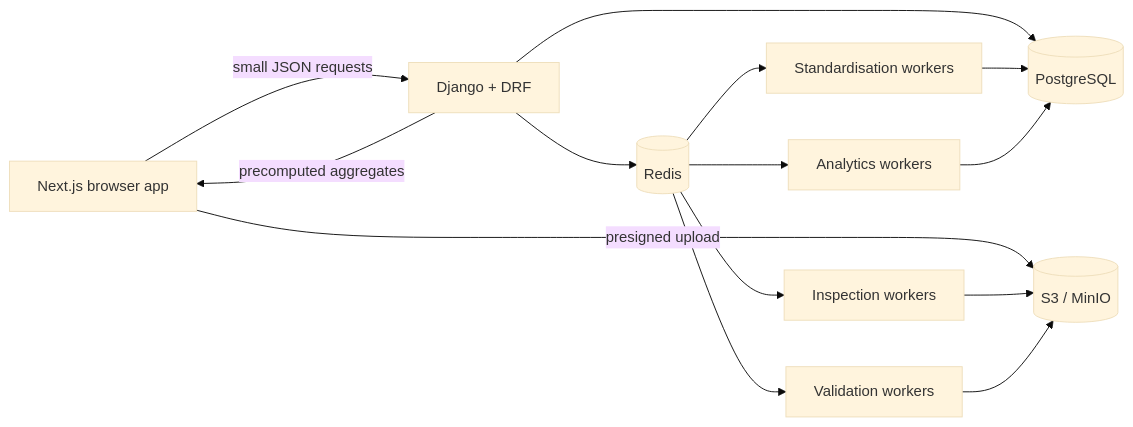
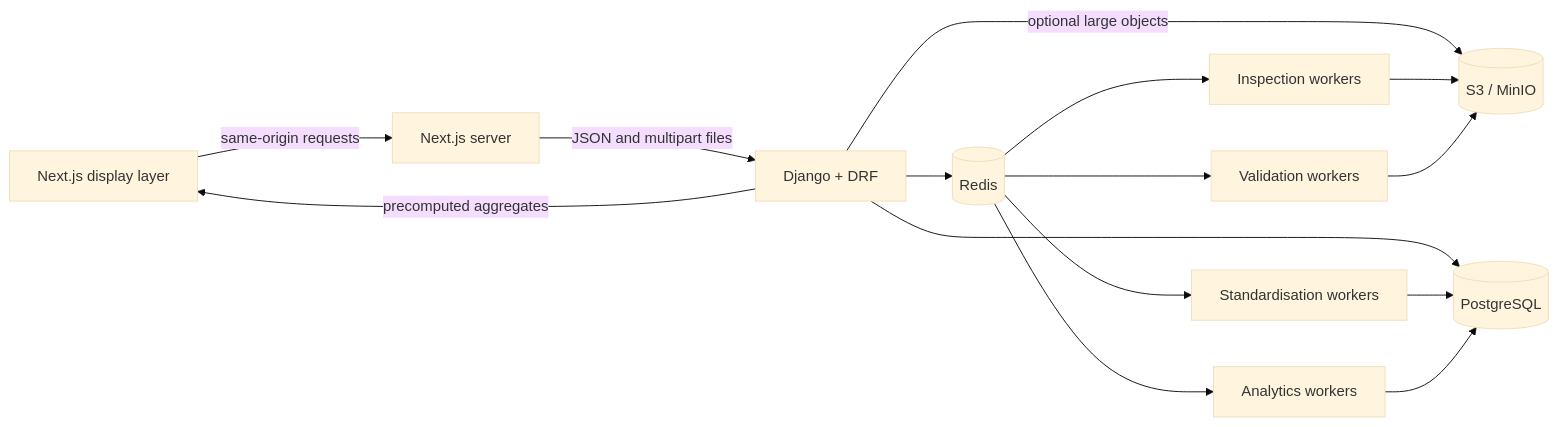
The diagram in docs/architecture.md (harsh-kr-jha/vulcan), drawn with Mermaid (base theme) before and after one commit. The commit also changed other lines of this file and 70 other files, not shown here.

````diff
--- a/docs/architecture.md
+++ b/docs/architecture.md
@@ -7,16 +7,17 @@
 ```mermaid
 flowchart LR
-    Browser[Next.js browser app] -->|small JSON requests| API[Django + DRF]
-    Browser -->|presigned upload| S3[(S3 / MinIO)]
+    Browser[Next.js display layer] -->|same-origin requests| Next[Next.js server]
+    Next -->|JSON and multipart files| API[Django + DRF]
+    API -->|optional large objects| S3[(S3 / MinIO)]
     API --> DB[(PostgreSQL)]
     API --> Queue[(Redis)]
     Queue --> Inspect[Inspection workers]
     Queue --> Validate[Validation workers]
     Queue --> Standardise[Standardisation workers]
     Queue --> Analytics[Analytics workers]
     Inspect --> S3
     Validate --> S3
     Standardise --> DB
     Analytics --> DB
     API -->|precomputed aggregates| Browser
 ```
````
